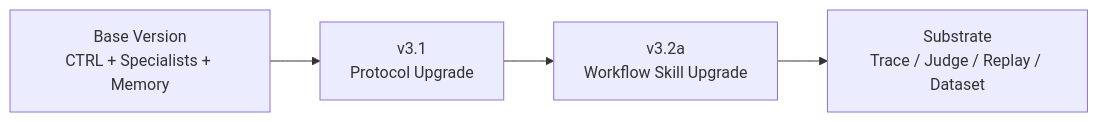
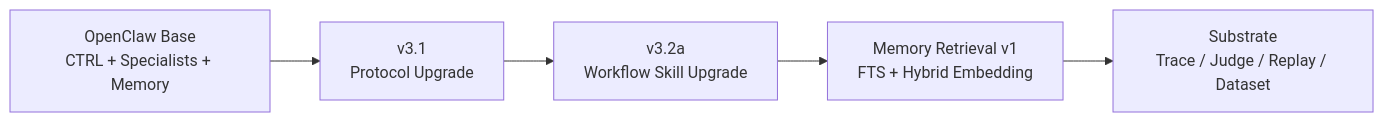
One commit to jinglong92/longClaw changed the first of 3 diagrams in README.md. Above: the diagram before and after it, drawn with Mermaid. The commit also changed other lines of this file, not shown here.

Commit message:
docs: replace README with new longClaw overview

````diff
--- a/README.md
+++ b/README.md
@@ -34,6 +95,7 @@
 ```mermaid
 flowchart LR
-    A["Base Version\nCTRL + Specialists + Memory"] --> B["v3.1\nProtocol Upgrade"]
+    A["OpenClaw Base\nCTRL + Specialists + Memory"] --> B["v3.1\nProtocol Upgrade"]
     B --> C["v3.2a\nWorkflow Skill Upgrade"]
-    C --> D["Substrate\nTrace / Judge / Replay / Dataset"]
+    C --> D["Memory Retrieval v1\nFTS + Hybrid Embedding"]
+    D --> E["Substrate\nTrace / Judge / Replay / Dataset"]
 ```
````
